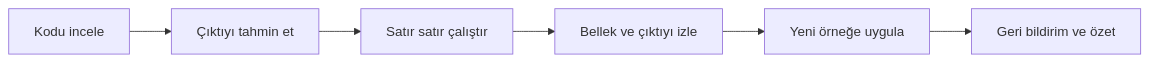
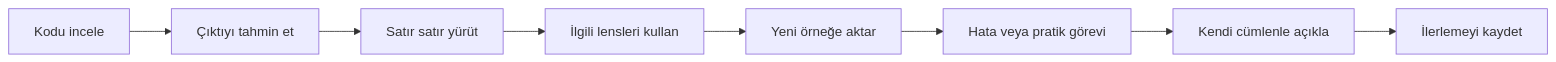
Before and after one commit to ataanuysal/softgrillmeapp: the first of 4 diagrams in DESIGN.md, drawn with Mermaid. The commit also changed other lines of this file and 33 other files, not shown here.

Commit message:
Complete 30-day learning roadmap

````diff
--- a/DESIGN.md
+++ b/DESIGN.md
@@ -12,8 +9,10 @@
 ```mermaid
 flowchart LR
   A["Kodu incele"] --> B["Çıktıyı tahmin et"]
-  B --> C["Satır satır çalıştır"]
-  C --> D["Bellek ve çıktıyı izle"]
-  D --> E["Yeni örneğe uygula"]
-  E --> F["Geri bildirim ve özet"]
+  B --> C["Satır satır yürüt"]
+  C --> D["İlgili lensleri kullan"]
+  D --> E["Yeni örneğe aktar"]
+  E --> F["Hata veya pratik görevi"]
+  F --> G["Kendi cümlenle açıkla"]
+  G --> H["İlerlemeyi kaydet"]
 ```
````
